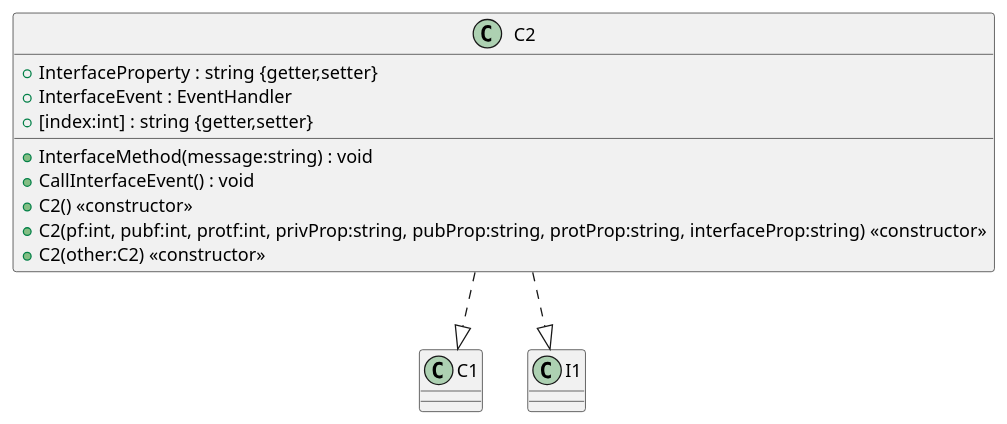
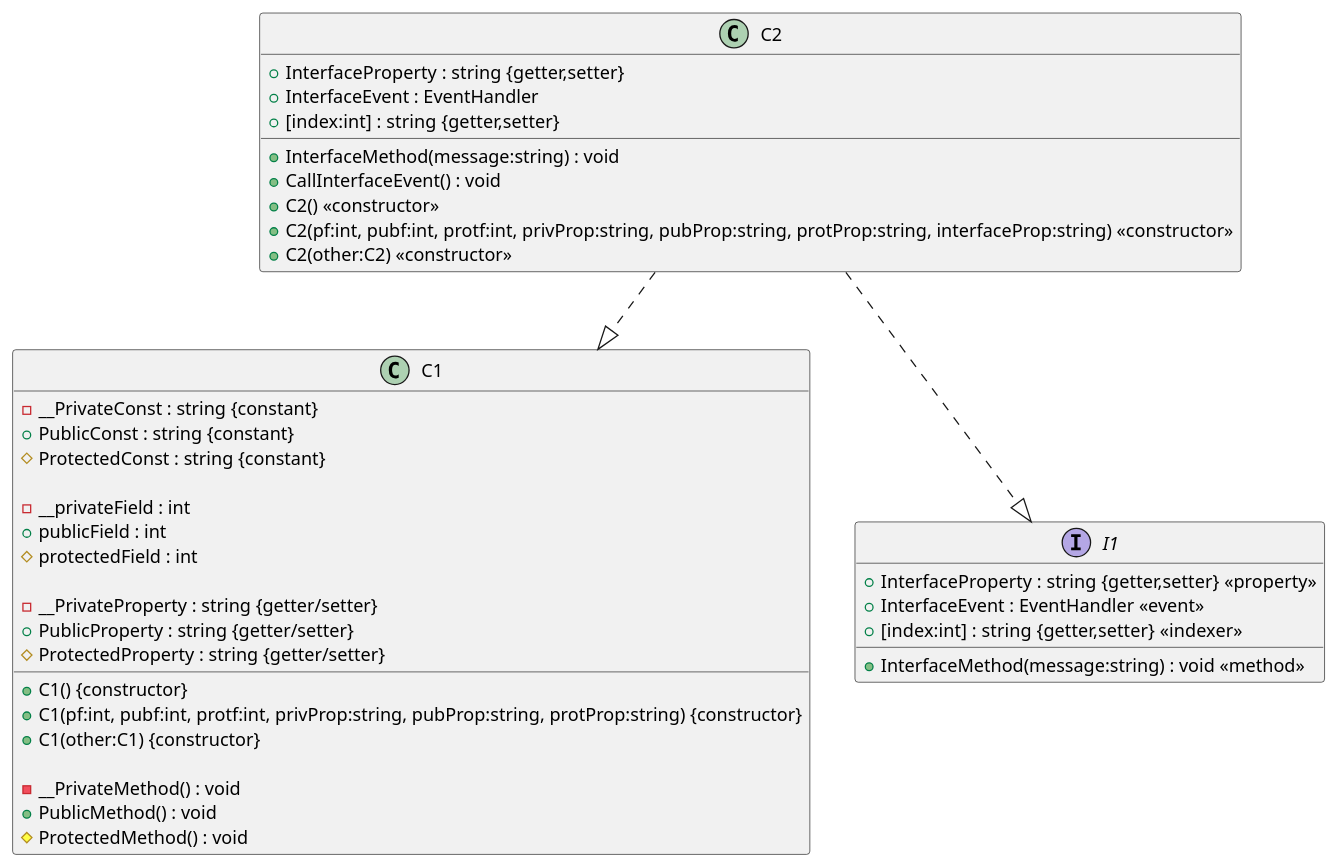
Before and after one commit to martim-x/DesingPatterns: the diagram in lab2/task3.puml, drawn with PlantUML. The commit also changed 6 other files, not shown here.

```diff
--- a/lab2/task3.puml
+++ b/lab2/task3.puml
@@ -1,15 +1,43 @@
 @startuml C2
 class C2 {
     + InterfaceProperty : string {getter,setter}
     + InterfaceMethod(message:string) : void
     + InterfaceEvent : EventHandler
     + [index:int] : string {getter,setter}
     + CallInterfaceEvent() : void
     + C2() <<constructor>>
     + C2(pf:int, pubf:int, protf:int, privProp:string, pubProp:string, protProp:string, interfaceProp:string) <<constructor>>
     + C2(other:C2) <<constructor>>
 }
 
+class C1 {
+    - __PrivateConst : string {constant}
+    + PublicConst : string {constant}
+    # ProtectedConst : string {constant}
+
+    - __privateField : int
+    + publicField : int
+    # protectedField : int
+
+    - __PrivateProperty : string {getter/setter}
+    + PublicProperty : string {getter/setter}
+    # ProtectedProperty : string {getter/setter}
+
+    + C1() {constructor}
+    + C1(pf:int, pubf:int, protf:int, privProp:string, pubProp:string, protProp:string) {constructor}
+    + C1(other:C1) {constructor}
+
+    - __PrivateMethod() : void
+    + PublicMethod() : void
+    # ProtectedMethod() : void
+}
+
+interface I1 {
+    + InterfaceProperty : string {getter,setter} <<property>>
+    + InterfaceMethod(message:string) : void <<method>>
+    + InterfaceEvent : EventHandler <<event>>
+    + [index:int] : string {getter,setter} <<indexer>>
+}
 C2 ..|> C1
 C2 ..|> I1
 @enduml
```
